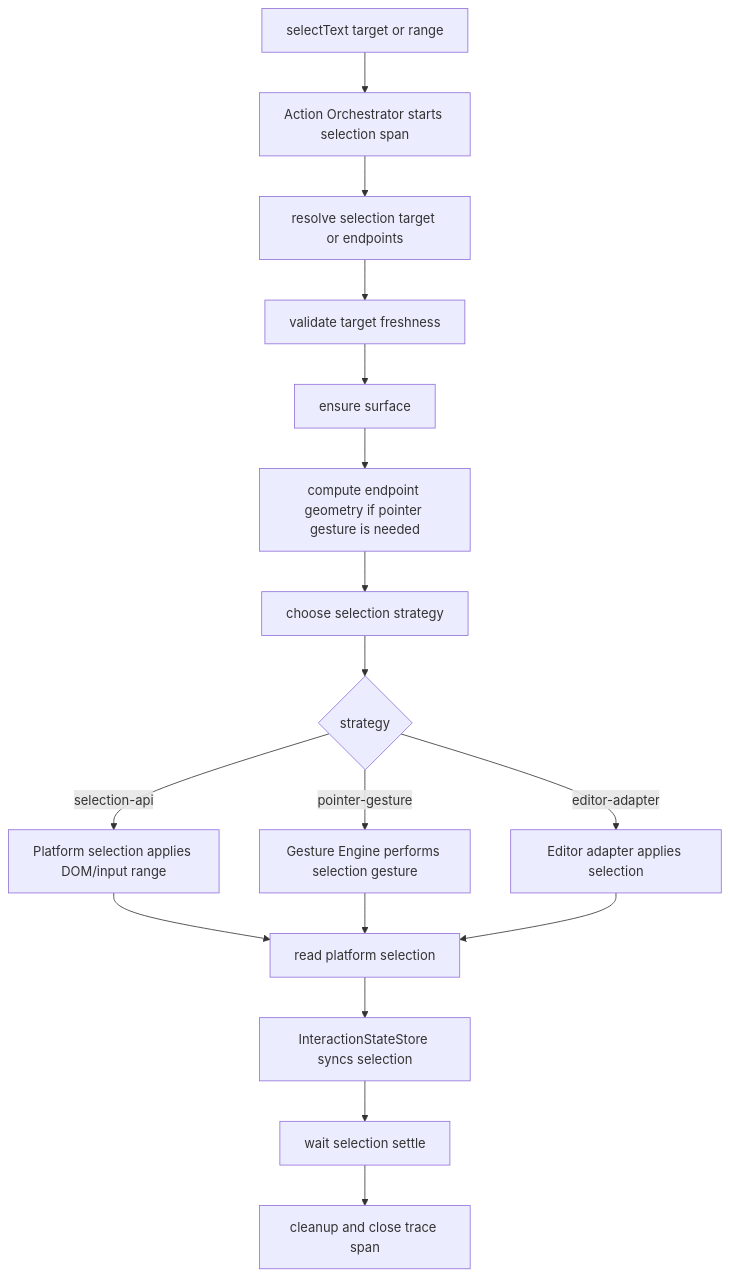
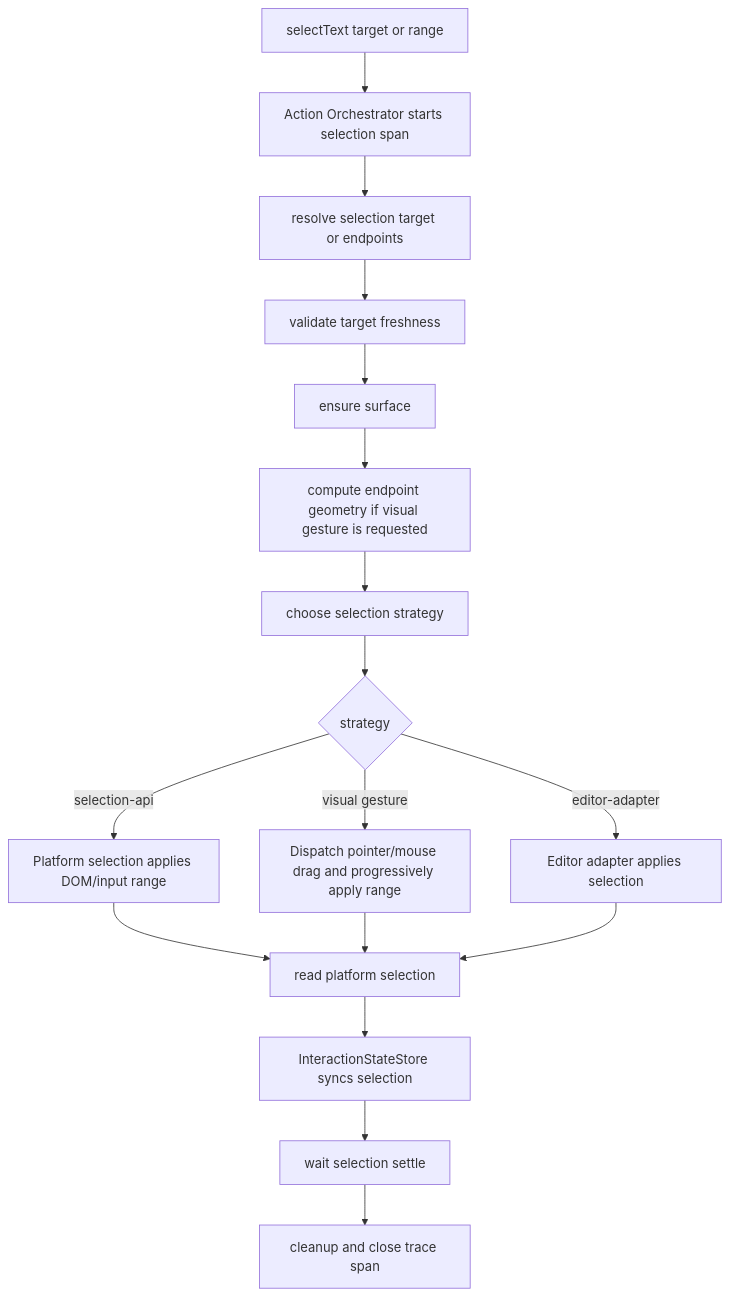
One commit to syi0808/actorble changed the sixth of 6 diagrams in docs/browser-architecture.md. Above: the diagram before and after it, drawn with Mermaid. The commit also changed other lines of this file and 3 other files, not shown here.

Commit message:
docs(browser): document selectText visual gesture

````diff
--- a/docs/browser-architecture.md
+++ b/docs/browser-architecture.md
@@ -1781,21 +1795,21 @@
 ```mermaid
 flowchart TD
     A[selectText target or range] --> B[Action Orchestrator starts selection span]
     B --> C[resolve selection target or endpoints]
     C --> D[validate target freshness]
     D --> E[ensure surface]
-    E --> F[compute endpoint geometry if pointer gesture is needed]
+    E --> F[compute endpoint geometry if visual gesture is requested]
     F --> G[choose selection strategy]
 
     G --> H{strategy}
     H -->|selection-api| I[Platform selection applies DOM/input range]
-    H -->|pointer-gesture| J[Gesture Engine performs selection gesture]
+    H -->|visual gesture| J[Dispatch pointer/mouse drag and progressively apply range]
     H -->|editor-adapter| K[Editor adapter applies selection]
 
     I --> L[read platform selection]
     J --> L
     K --> L
     L --> M[InteractionStateStore syncs selection]
     M --> N[wait selection settle]
     N --> O[cleanup and close trace span]
 ```
````
